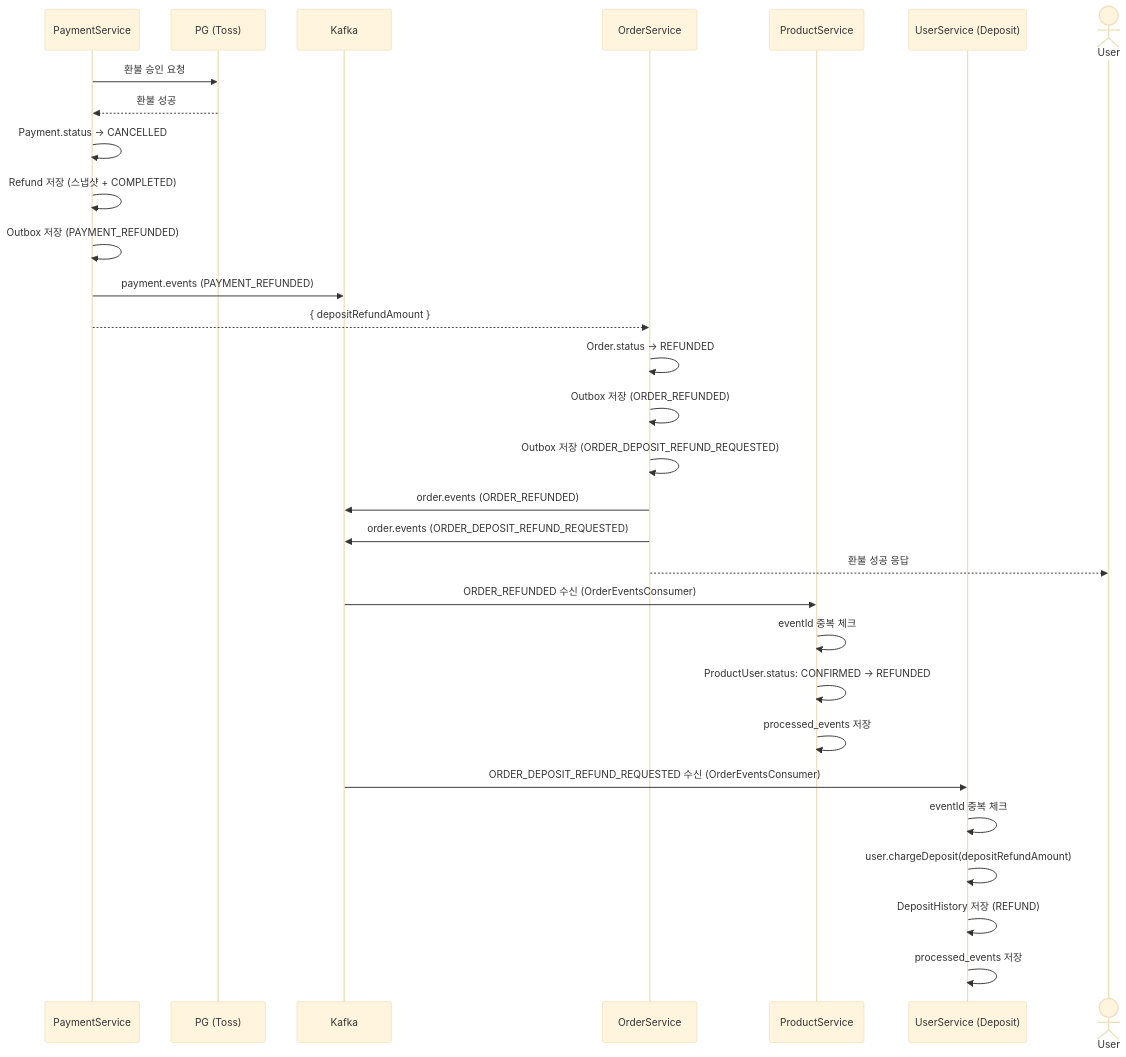
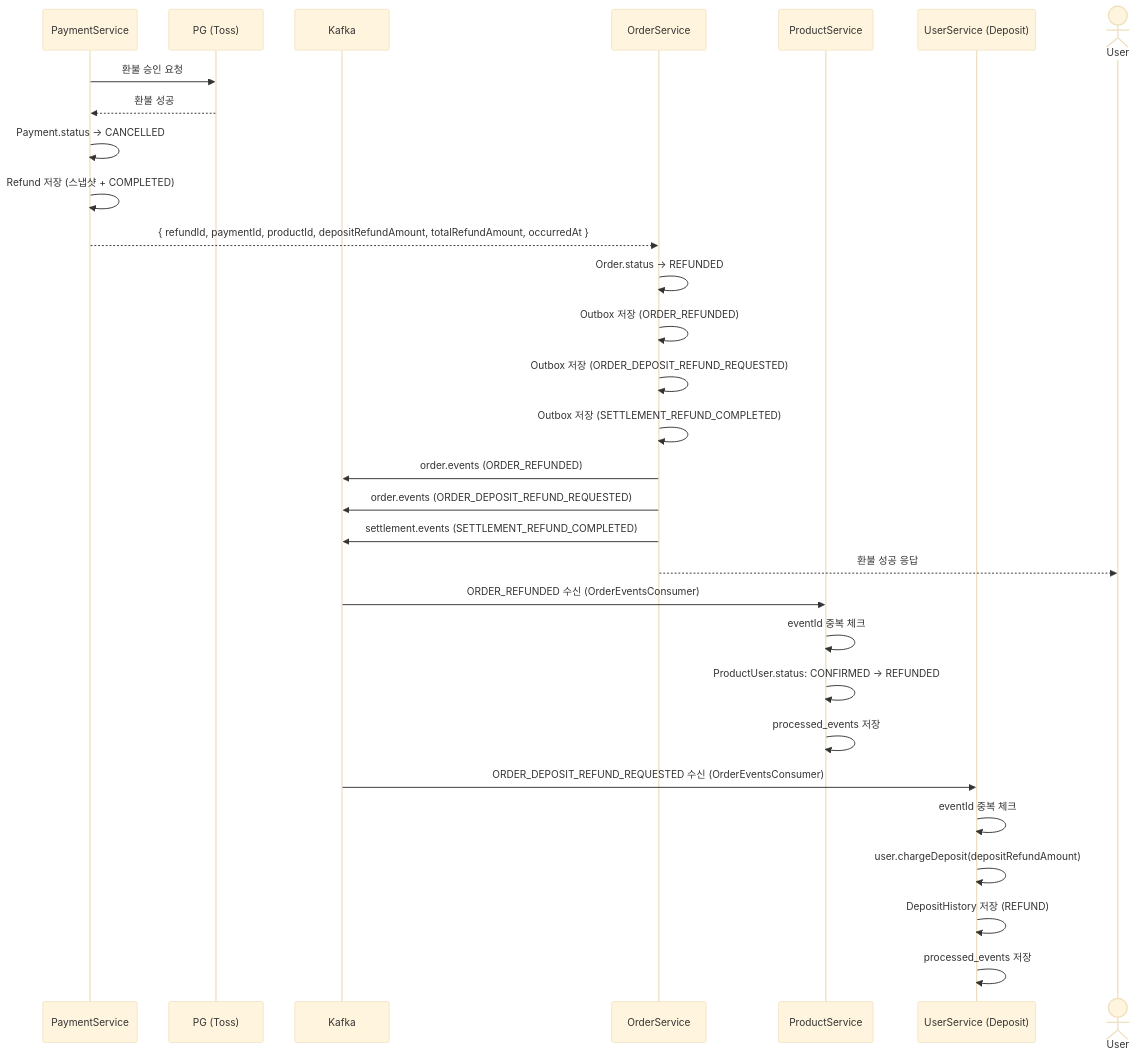
One commit to prgrms-be-adv-devcourse/beadv5_5_ChamomileChicken_BE changed the diagram in docs/order/refund-flows/02-refund-success.md. Above: the diagram before and after it, drawn with Mermaid (base theme). The commit also changed other lines of this file and 6 other files, not shown here.

````diff
--- a/docs/order/refund-flows/02-refund-success.md
+++ b/docs/order/refund-flows/02-refund-success.md
@@ -32,37 +35,37 @@
 ```mermaid
 sequenceDiagram
     participant Pay as PaymentService
     participant PG as PG (Toss)
     participant Kafka
     participant Order as OrderService
     participant Product as ProductService
     participant UserSvc as UserService (Deposit)
     actor User
 
     Pay->>PG: 환불 승인 요청
     PG-->>Pay: 환불 성공
 
     Pay->>Pay: Payment.status → CANCELLED
     Pay->>Pay: Refund 저장 (스냅샷 + COMPLETED)
-    Pay->>Pay: Outbox 저장 (PAYMENT_REFUNDED)
-    Pay->>Kafka: payment.events (PAYMENT_REFUNDED)
-    Pay-->>Order: { depositRefundAmount }
+    Pay-->>Order: { refundId, paymentId, productId, depositRefundAmount, totalRefundAmount, occurredAt }
 
     Order->>Order: Order.status → REFUNDED
     Order->>Order: Outbox 저장 (ORDER_REFUNDED)
     Order->>Order: Outbox 저장 (ORDER_DEPOSIT_REFUND_REQUESTED)
+    Order->>Order: Outbox 저장 (SETTLEMENT_REFUND_COMPLETED)
     Order->>Kafka: order.events (ORDER_REFUNDED)
     Order->>Kafka: order.events (ORDER_DEPOSIT_REFUND_REQUESTED)
+    Order->>Kafka: settlement.events (SETTLEMENT_REFUND_COMPLETED)
     Order-->>User: 환불 성공 응답
 
     Kafka->>Product: ORDER_REFUNDED 수신 (OrderEventsConsumer)
     Product->>Product: eventId 중복 체크
     Product->>Product: ProductUser.status: CONFIRMED → REFUNDED
     Product->>Product: processed_events 저장
 
     Kafka->>UserSvc: ORDER_DEPOSIT_REFUND_REQUESTED 수신 (OrderEventsConsumer)
     UserSvc->>UserSvc: eventId 중복 체크
     UserSvc->>UserSvc: user.chargeDeposit(depositRefundAmount)
     UserSvc->>UserSvc: DepositHistory 저장 (REFUND)
     UserSvc->>UserSvc: processed_events 저장
 ```
````
